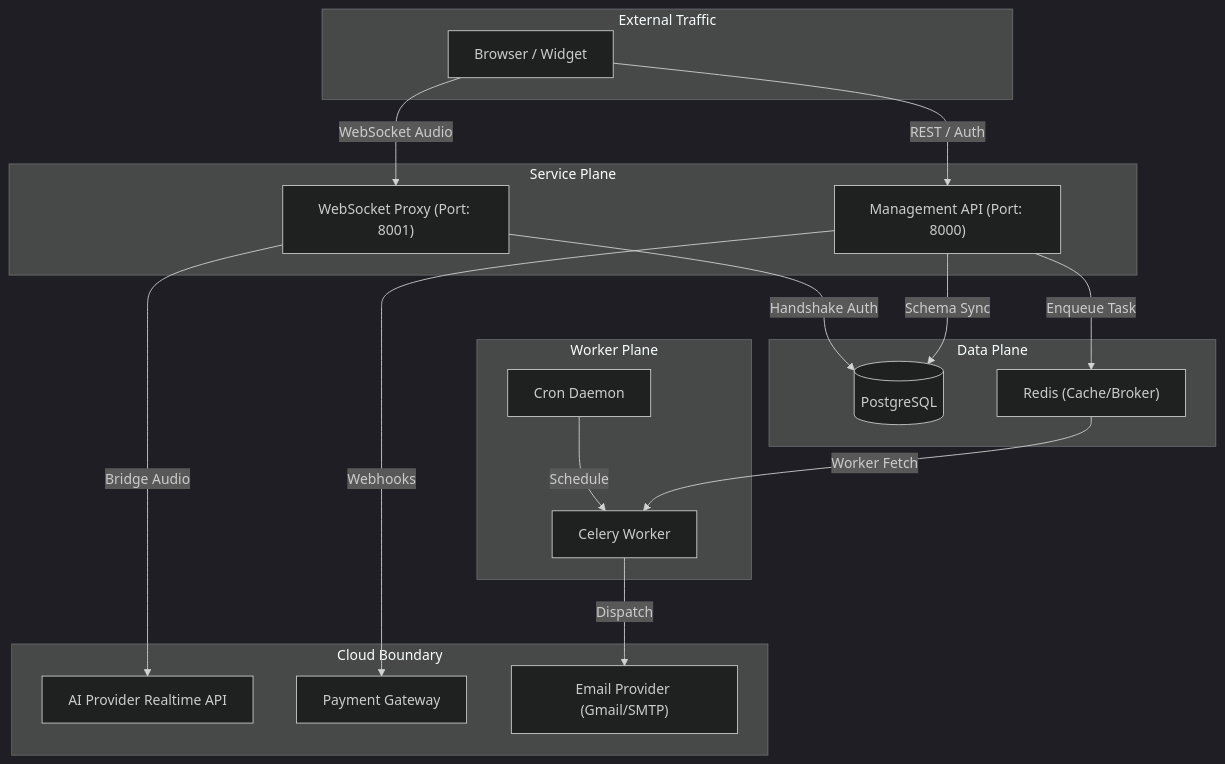
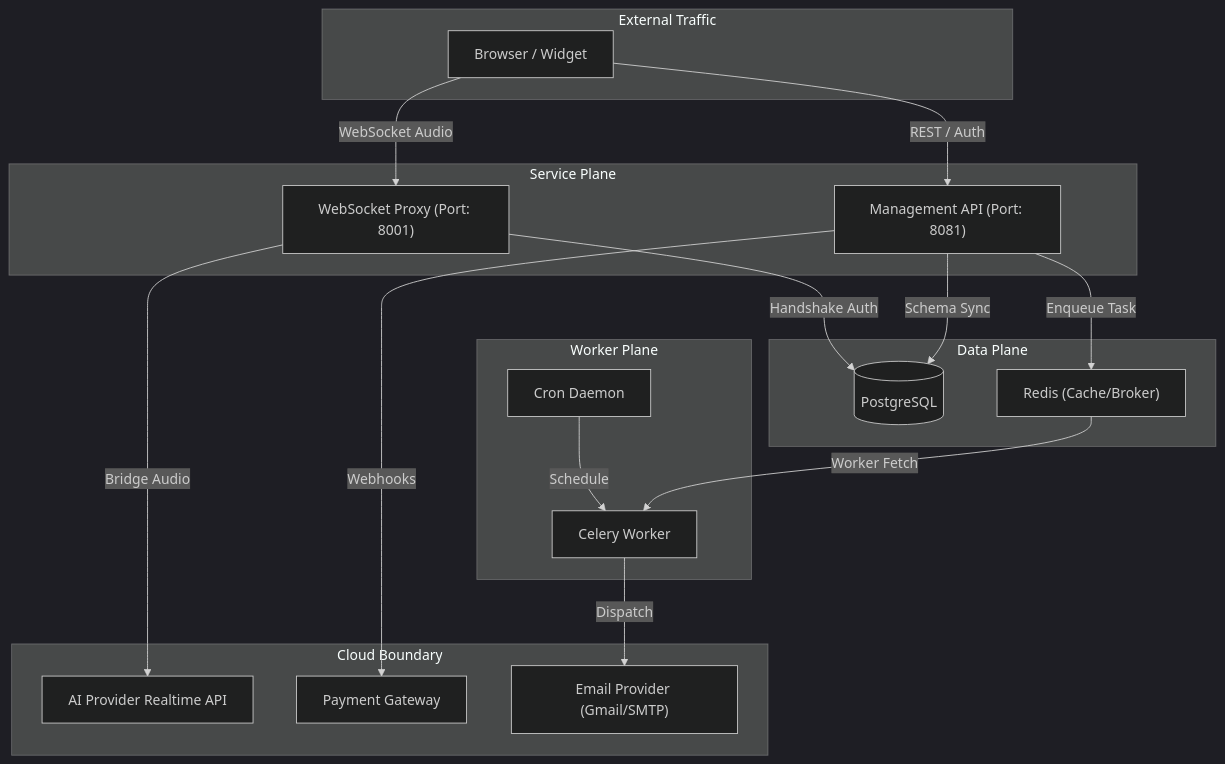
The diagram in document/devlopers_guide/01_SYSTEM_OVERVIEW.md (ldtdeveloper/chatbot), drawn with Mermaid (dark theme) before and after one commit. The commit also changed 23 other files, not shown here.

````diff
--- a/document/devlopers_guide/01_SYSTEM_OVERVIEW.md
+++ b/document/devlopers_guide/01_SYSTEM_OVERVIEW.md
@@ -69,38 +69,38 @@
 ```mermaid
 graph TD
     subgraph "External Traffic"
         Client["Browser / Widget"]
     end
 
     subgraph "Service Plane"
         Proxy["WebSocket Proxy (Port: 8001)"]
-        API["Management API (Port: 8000)"]
+        API["Management API (Port: 8081)"]
     end
 
     subgraph "Data Plane"
         DB[(PostgreSQL)]
         Redis["Redis (Cache/Broker)"]
     end
 
     subgraph "Worker Plane"
         Worker["Celery Worker"]
         Cron["Cron Daemon"]
     end
 
     subgraph "Cloud Boundary"
         AI_Provider["AI Provider Realtime API"]
         Payment["Payment Gateway"]
         SMTP["Email Provider (Gmail/SMTP)"]
     end
 
     Client -- "REST / Auth" --> API
     Client -- "WebSocket Audio" --> Proxy
     API -- "Schema Sync" --> DB
     API -- "Enqueue Task" --> Redis
     Redis -- "Worker Fetch" --> Worker
     Cron -- "Schedule" --> Worker
     Worker -- "Dispatch" --> SMTP
     Proxy -- "Handshake Auth" --> DB
     Proxy -- "Bridge Audio" --> AI_Provider
     API -- "Webhooks" --> Payment
 ```
````
